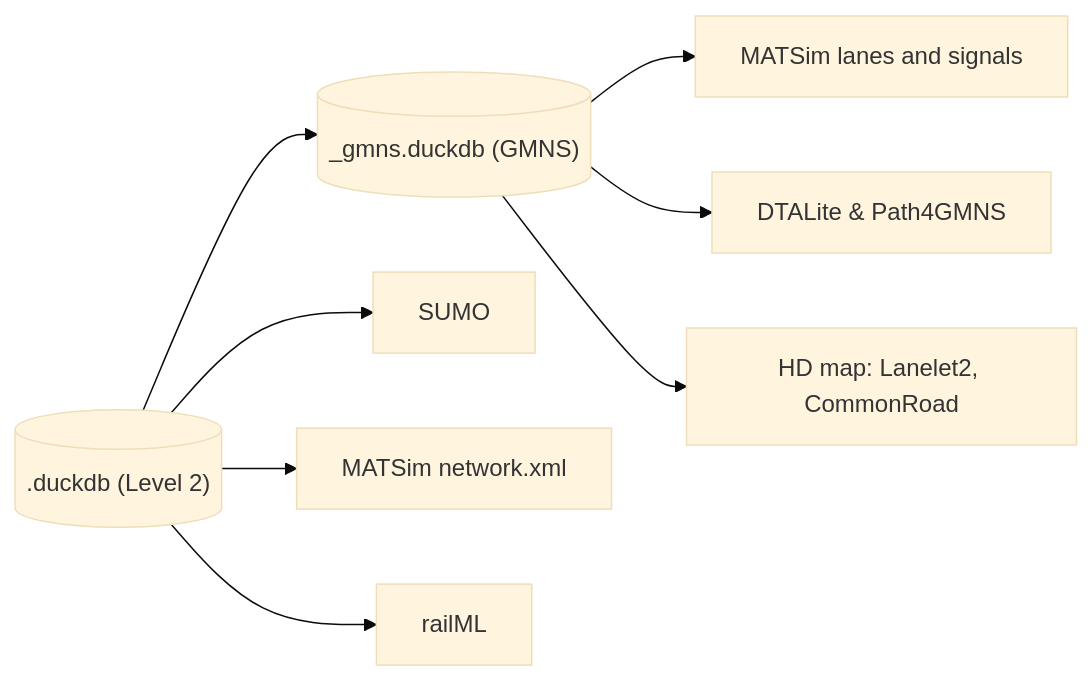
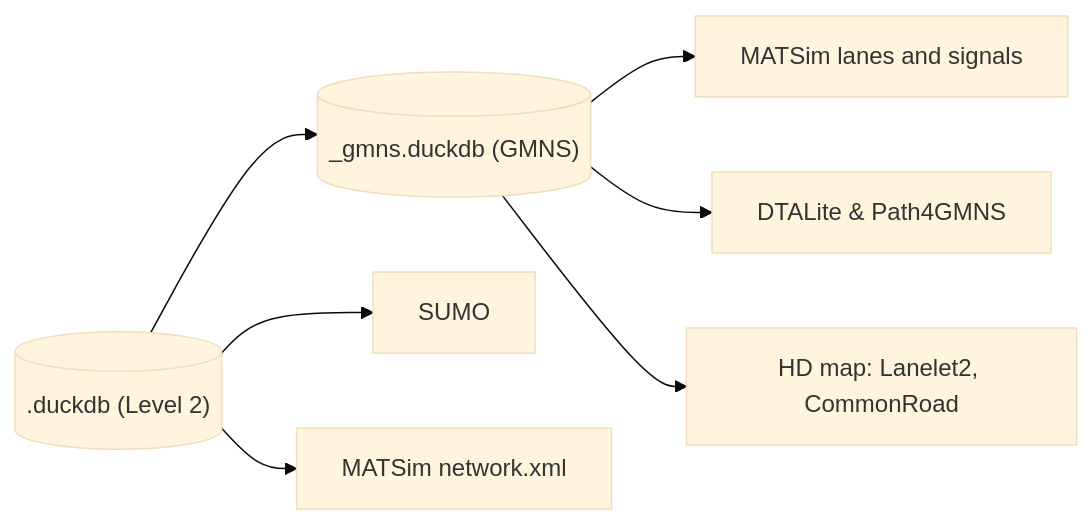
One commit to Khoshkhah/duckOSM changed the diagram in docs/exports/gmns-network/index.md. Above: the diagram before and after it, drawn with Mermaid (base theme). The commit also changed other lines of this file and 3 other files, not shown here.

````diff
--- a/docs/exports/gmns-network/index.md
+++ b/docs/exports/gmns-network/index.md
@@ -5,10 +5,9 @@
 ```mermaid
 flowchart LR
   l2[("<area>.duckdb (Level 2)")] --> gmns[("<area>_gmns.duckdb (GMNS)")]
   l2 --> sumo["SUMO"]
   l2 --> matsim["MATSim network.xml"]
-  l2 --> railml["railML"]
   gmns --> lanes["MATSim lanes and signals"]
   gmns --> dta["DTALite & Path4GMNS"]
   gmns --> hd["HD map: Lanelet2, CommonRoad"]
 ```
````
